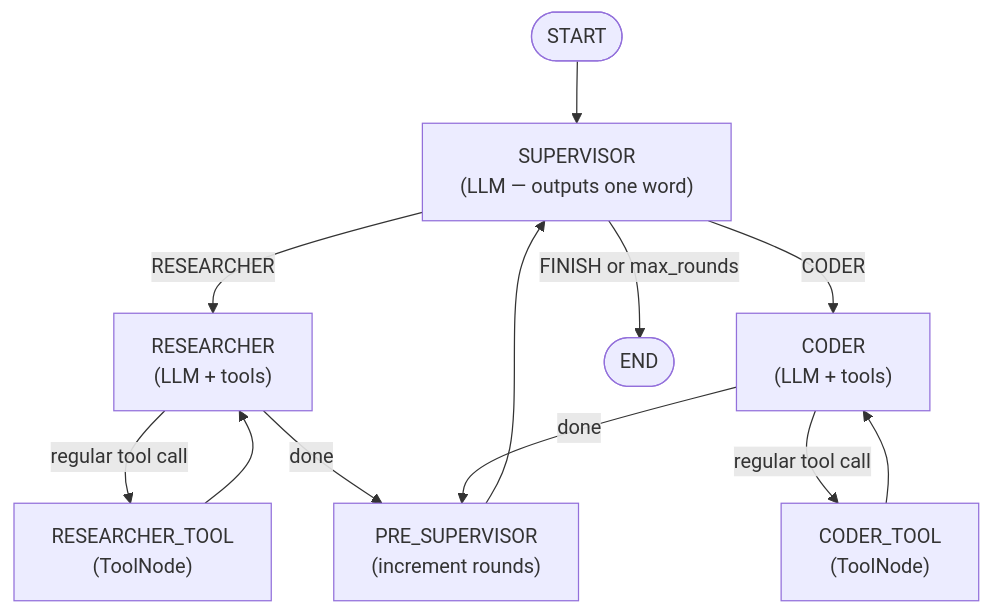
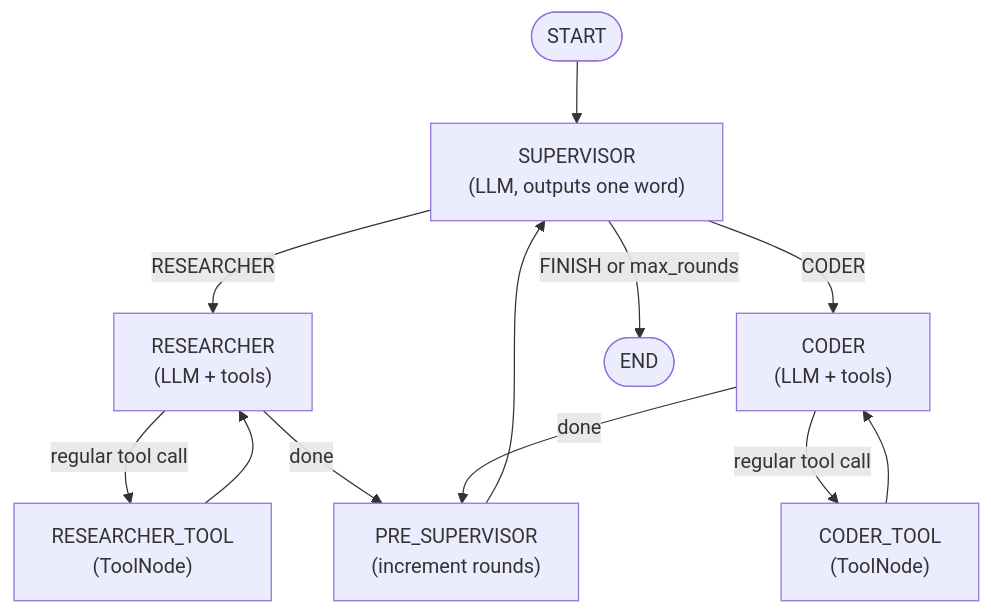
Before and after one commit to 10xHub/agentflow-docs: the first of 2 diagrams in src/content/docs/guides/prebuilt/supervisor-team-agent.md, drawn with Mermaid. The commit also changed other lines of this file and 2061 other files, not shown here.

````diff
--- a/src/content/docs/guides/prebuilt/supervisor-team-agent.md
+++ b/src/content/docs/guides/prebuilt/supervisor-team-agent.md
@@ -53,26 +53,26 @@
 ```mermaid
 flowchart TD
     START([START]) --> SUPERVISOR
 
-    SUPERVISOR["SUPERVISOR\n(LLM — outputs one word)"]
+    SUPERVISOR["SUPERVISOR\n(LLM, outputs one word)"]
     PRE_SUPERVISOR["PRE_SUPERVISOR\n(increment rounds)"]
     RESEARCHER["RESEARCHER\n(LLM + tools)"]
     RESEARCHER_TOOL["RESEARCHER_TOOL\n(ToolNode)"]
     CODER["CODER\n(LLM + tools)"]
     CODER_TOOL["CODER_TOOL\n(ToolNode)"]
     END_NODE([END])
 
     SUPERVISOR -- "RESEARCHER" --> RESEARCHER
     SUPERVISOR -- "CODER" --> CODER
     SUPERVISOR -- "FINISH or max_rounds" --> END_NODE
 
     RESEARCHER -- "regular tool call" --> RESEARCHER_TOOL
     RESEARCHER -- "done" --> PRE_SUPERVISOR
     RESEARCHER_TOOL --> RESEARCHER
 
     CODER -- "regular tool call" --> CODER_TOOL
     CODER -- "done" --> PRE_SUPERVISOR
     CODER_TOOL --> CODER
 
     PRE_SUPERVISOR --> SUPERVISOR
 ```
````
